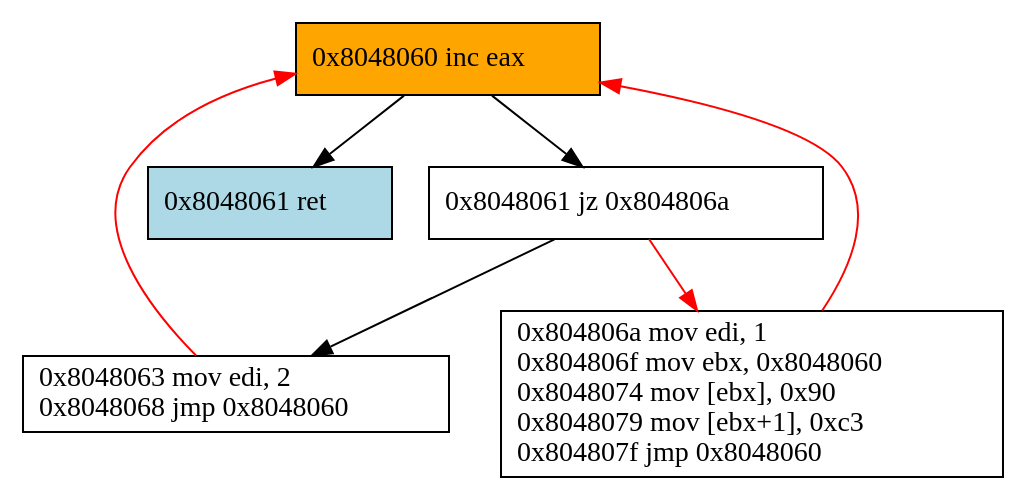
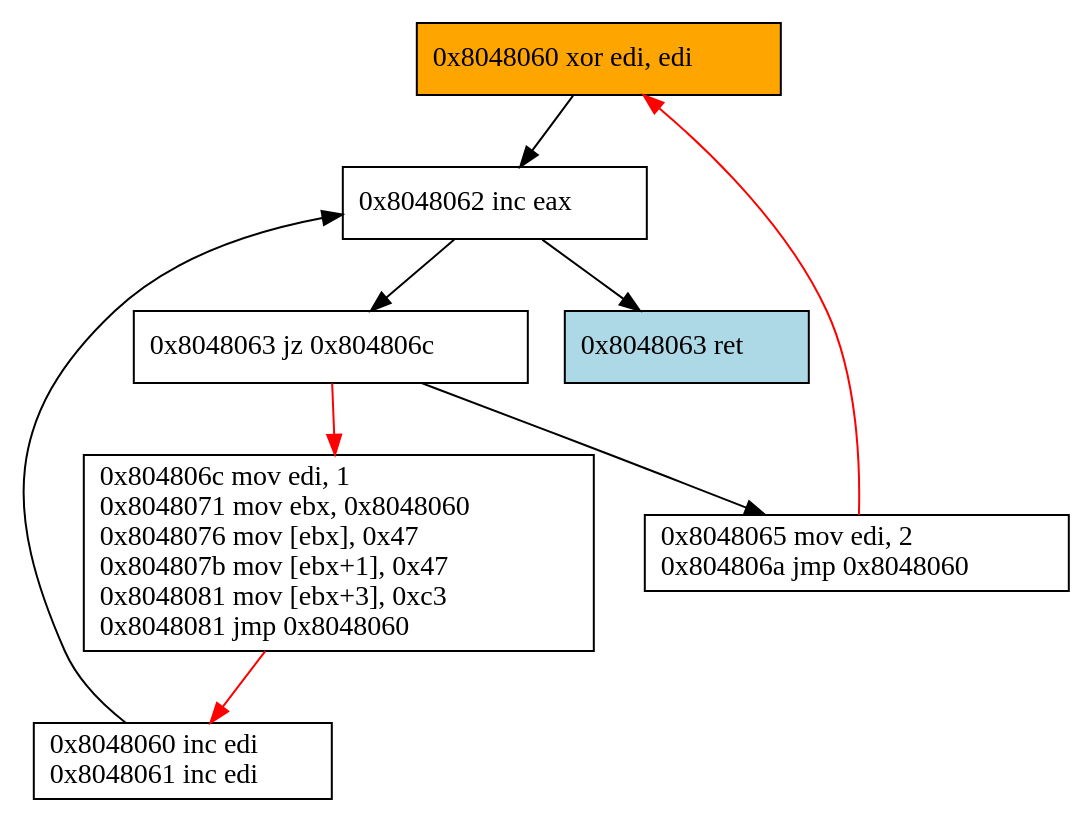
The diagram in supports/disas_sm/ex2_parfait.dot (yaps8/these), drawn with Graphviz before and after one commit. The commit also changed 5 other files, not shown here.

```diff
--- a/supports/disas_sm/ex2_parfait.dot
+++ b/supports/disas_sm/ex2_parfait.dot
@@ -1,14 +1,18 @@
 digraph G {
 labeljust=r
-"60" [labeljust=r,label="0x8048060 inc eax\l", shape=box, style="filled", fillcolor=orange]
-"61a" [labeljust=r,label="0x8048061 jz 0x804806a\l", shape=box, style="filled", fillcolor=white]
-"61b" [labeljust=r,label="0x8048061 ret\l", shape=box, style="filled", fillcolor=lightblue]
-"63" [labeljust=r,label="0x8048063 mov edi, 2\l0x8048068 jmp 0x8048060\l", shape=box, style="filled", fillcolor=white]
-"6a" [labeljust=r,label="0x804806a mov edi, 1 \l0x804806f mov ebx, 0x8048060 \l0x8048074 mov [ebx], 0x90 \l0x8048079 mov [ebx+1], 0xc3 \l0x804807f jmp 0x8048060\l", shape=box, style="filled", fillcolor=white]
-"60" -> "61a" [color=black]
-"60" -> "61b" [color=black]
-"61a" -> "6a" [color=red]
-"61a" -> "63" [color=black]
-"63" -> "60" [color=red]
-"6a" -> "60" [color=red]
+"60a" [labeljust=r,label="0x8048060 xor edi, edi\l", shape=box, style="filled", fillcolor=orange]
+"60b" [labeljust=r,label="0x8048060 inc edi\l0x8048061 inc edi\l", shape=box, style="filled", fillcolor=white]
+"62" [labeljust=r,label="0x8048062 inc eax\l", shape=box, style="filled", fillcolor=white]
+"63a" [labeljust=r,label="0x8048063 jz 0x804806c\l", shape=box, style="filled", fillcolor=white]
+"63b" [labeljust=r,label="0x8048063 ret\l", shape=box, style="filled", fillcolor=lightblue]
+"65" [labeljust=r,label="0x8048065 mov edi, 2\l0x804806a jmp 0x8048060\l", shape=box, style="filled", fillcolor=white]
+"6c" [labeljust=r,label="0x804806c mov edi, 1 \l0x8048071 mov ebx, 0x8048060 \l0x8048076 mov [ebx], 0x47 \l0x804807b mov [ebx+1], 0x47\l0x8048081 mov [ebx+3], 0xc3 \l0x8048081 jmp 0x8048060\l", shape=box, style="filled", fillcolor=white]
+"60a" -> "62" [color=black]
+"62" -> "63a" [color=black]
+"62" -> "63b" [color=black]
+"63a" -> "65" [color=black]
+"63a" -> "6c" [color=red]
+"60b" -> "62" [color=black]
+"65" -> "60a" [color=red]
+"6c" -> "60b" [color=red]
 }
```
